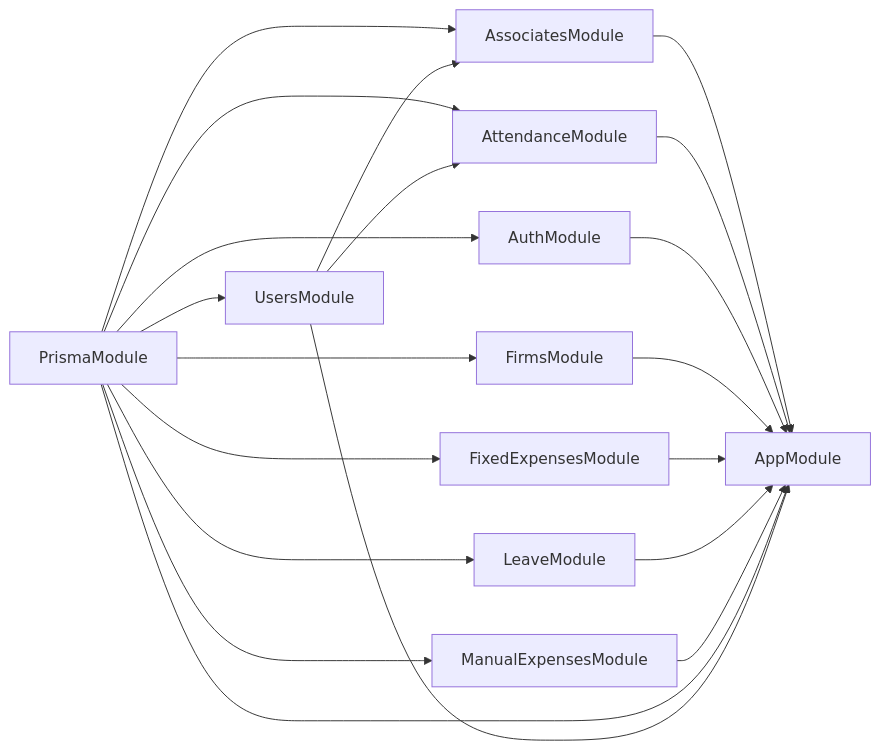
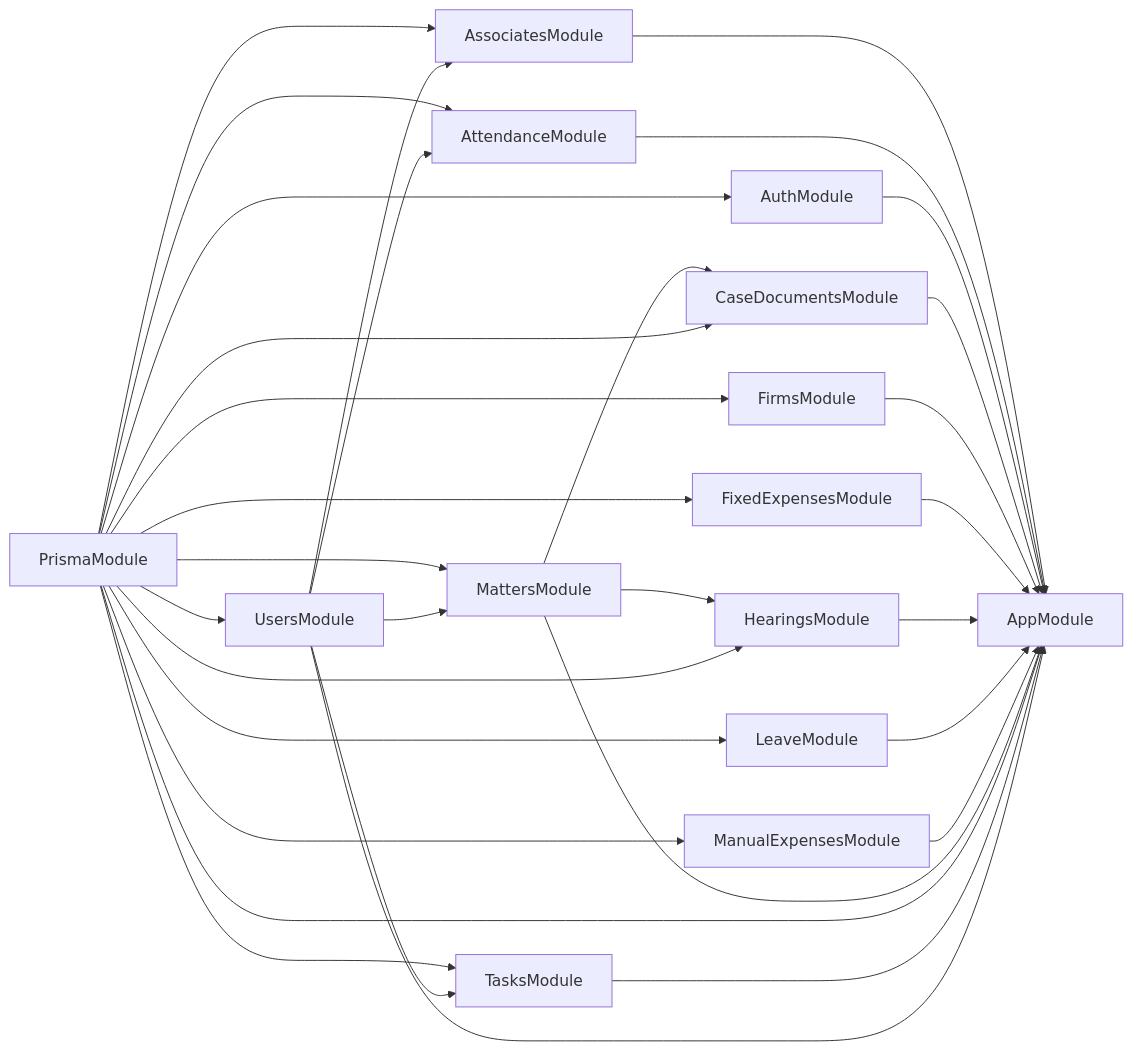
The diagram in apps/api/deps.mermaid (zas512/LGA), drawn with Mermaid before and after one commit. The commit also changed 38 other files, not shown here.

```diff
--- a/apps/api/deps.mermaid
+++ b/apps/api/deps.mermaid
@@ -1,20 +1,32 @@
 graph LR
   AssociatesModule --> AppModule
   AttendanceModule --> AppModule
   AuthModule --> AppModule
+  CaseDocumentsModule --> AppModule
   FirmsModule --> AppModule
   FixedExpensesModule --> AppModule
+  HearingsModule --> AppModule
   LeaveModule --> AppModule
   ManualExpensesModule --> AppModule
+  MattersModule --> AppModule
+  MattersModule --> CaseDocumentsModule
+  MattersModule --> HearingsModule
   PrismaModule --> AppModule
   PrismaModule --> AssociatesModule
   PrismaModule --> AttendanceModule
   PrismaModule --> AuthModule
+  PrismaModule --> CaseDocumentsModule
   PrismaModule --> FirmsModule
   PrismaModule --> FixedExpensesModule
+  PrismaModule --> HearingsModule
   PrismaModule --> LeaveModule
   PrismaModule --> ManualExpensesModule
+  PrismaModule --> MattersModule
+  PrismaModule --> TasksModule
   PrismaModule --> UsersModule
+  TasksModule --> AppModule
   UsersModule --> AppModule
   UsersModule --> AssociatesModule
   UsersModule --> AttendanceModule
+  UsersModule --> MattersModule
+  UsersModule --> TasksModule
```
